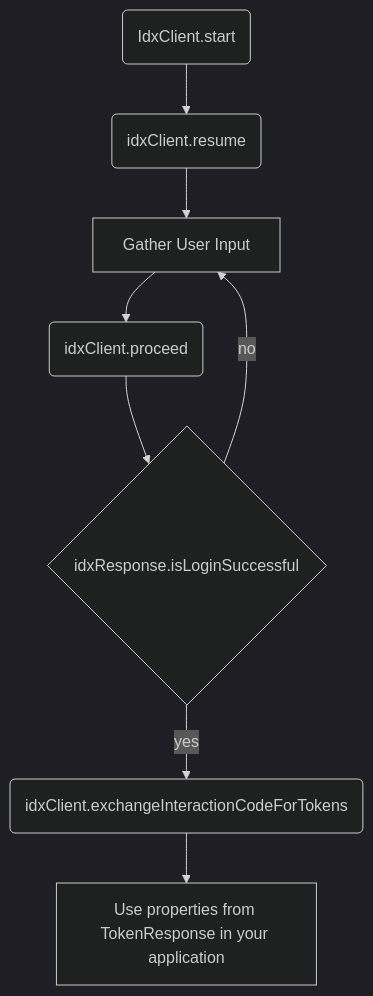
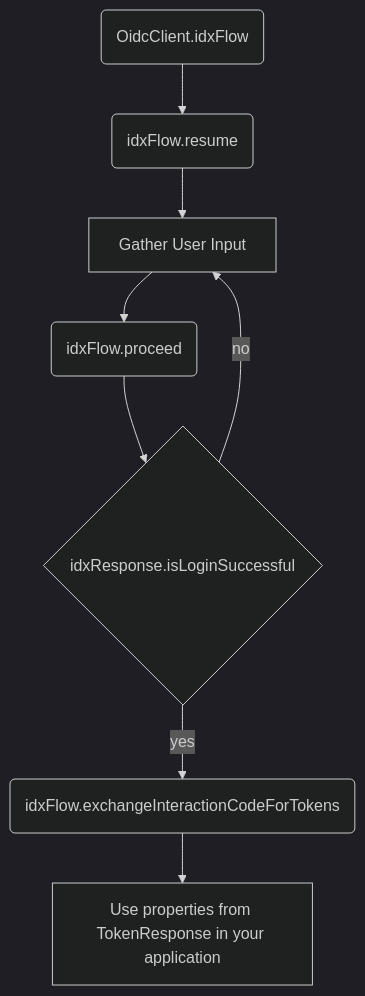
Before and after one commit to okta/okta-idx-android: the diagram in README.md, drawn with Mermaid (dark theme). The commit also changed other lines of this file and 12 other files, not shown here.

````diff
--- a/README.md
+++ b/README.md
@@ -45,10 +45,10 @@
 ```mermaid
 graph TD
-    A(IdxClient.start) --> B(idxClient.resume)
+    A(OidcClient.idxFlow) --> B(idxFlow.resume)
     B --> C[Gather User Input]
-    C --> D(idxClient.proceed)
+    C --> D(idxFlow.proceed)
     D --> E{idxResponse.isLoginSuccessful}
-    E --> |yes| F(idxClient.exchangeInteractionCodeForTokens)
+    E --> |yes| F(idxFlow.exchangeInteractionCodeForTokens)
     E --> |no| C
     F --> G[Use properties from TokenResponse in your application]
 ```
````
